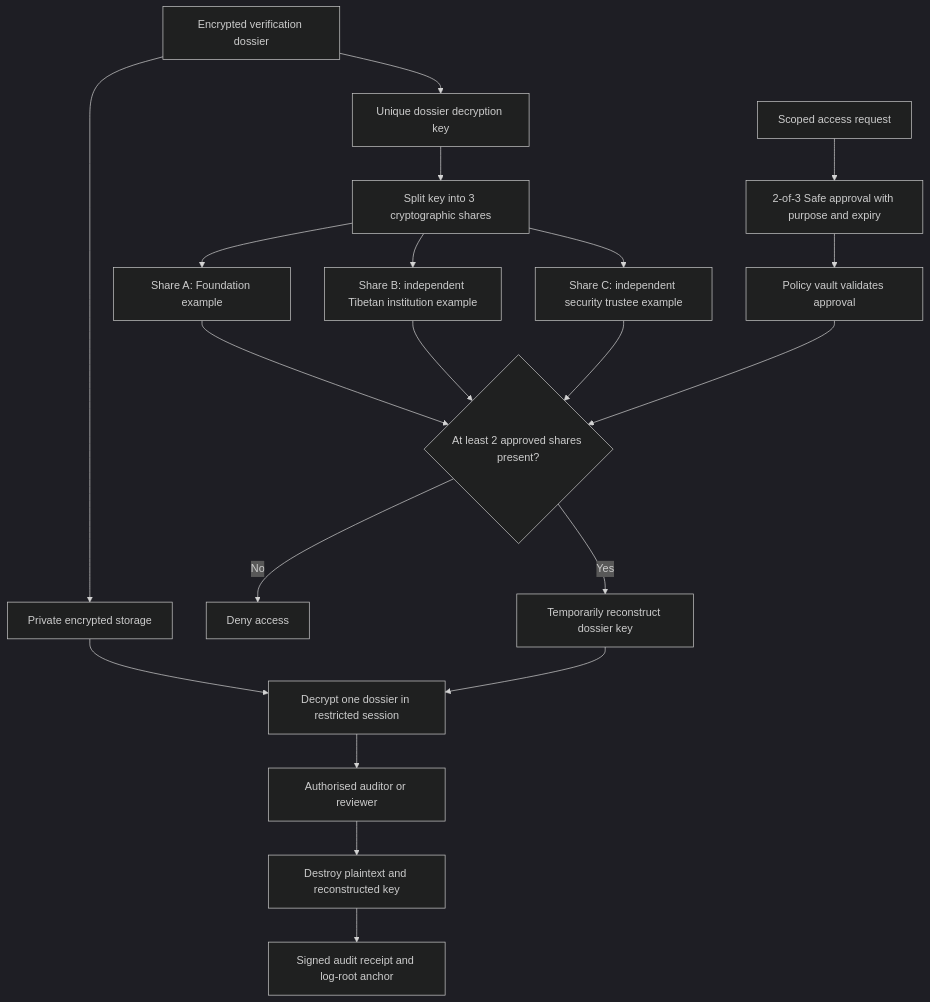
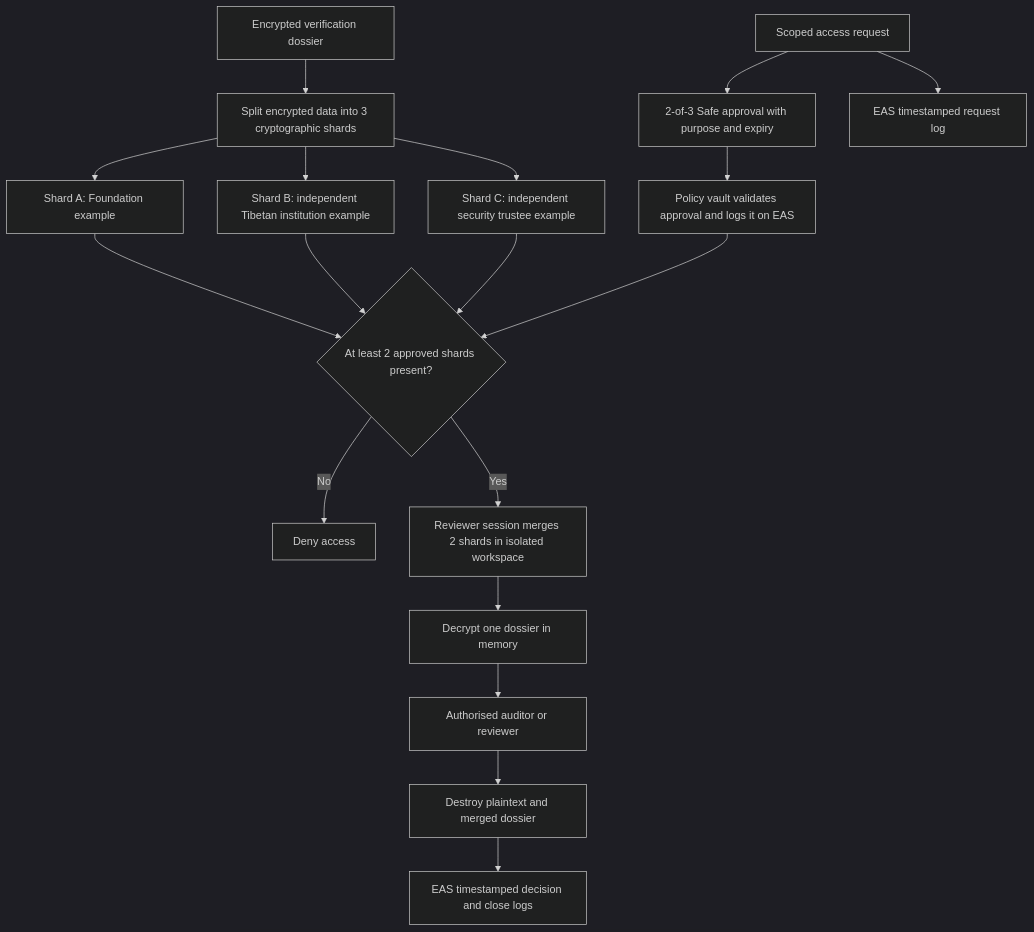
The sixth of 6 diagrams in README.md (AlexJupiter/tibetan-id), drawn with Mermaid (dark theme) before and after one commit. The commit also changed other lines of this file, not shown here.

Commit message:
Clarify verifier portal and independent invite flow

````diff
--- a/README.md
+++ b/README.md
@@ -295,23 +305,21 @@
 ```mermaid
 flowchart TD
-    A[Encrypted verification dossier] --> B[Private encrypted storage]
-    A --> C[Unique dossier decryption key]
-    C --> D[Split key into 3 cryptographic shares]
-    D --> E[Share A: Foundation example]
-    D --> F[Share B: independent Tibetan institution example]
-    D --> G[Share C: independent security trustee example]
+    A[Encrypted verification dossier] --> D[Split encrypted data into 3 cryptographic shards]
+    D --> E[Shard A: Foundation example]
+    D --> F[Shard B: independent Tibetan institution example]
+    D --> G[Shard C: independent security trustee example]
 
     H[Scoped access request] --> I[2-of-3 Safe approval with purpose and expiry]
-    I --> J[Policy vault validates approval]
-    E --> K{At least 2 approved shares present?}
+    H --> R[EAS timestamped request log]
+    I --> J[Policy vault validates approval and logs it on EAS]
+    E --> K{At least 2 approved shards present?}
     F --> K
     G --> K
     J --> K
     K -->|No| L[Deny access]
-    K -->|Yes| M[Temporarily reconstruct dossier key]
-    B --> N[Decrypt one dossier in restricted session]
-    M --> N
+    K -->|Yes| M[Reviewer session merges 2 shards in isolated workspace]
+    M --> N[Decrypt one dossier in memory]
     N --> O[Authorised auditor or reviewer]
-    O --> P[Destroy plaintext and reconstructed key]
-    P --> Q[Signed audit receipt and log-root anchor]
+    O --> P[Destroy plaintext and merged dossier]
+    P --> Q[EAS timestamped decision and close logs]
 ```
````
